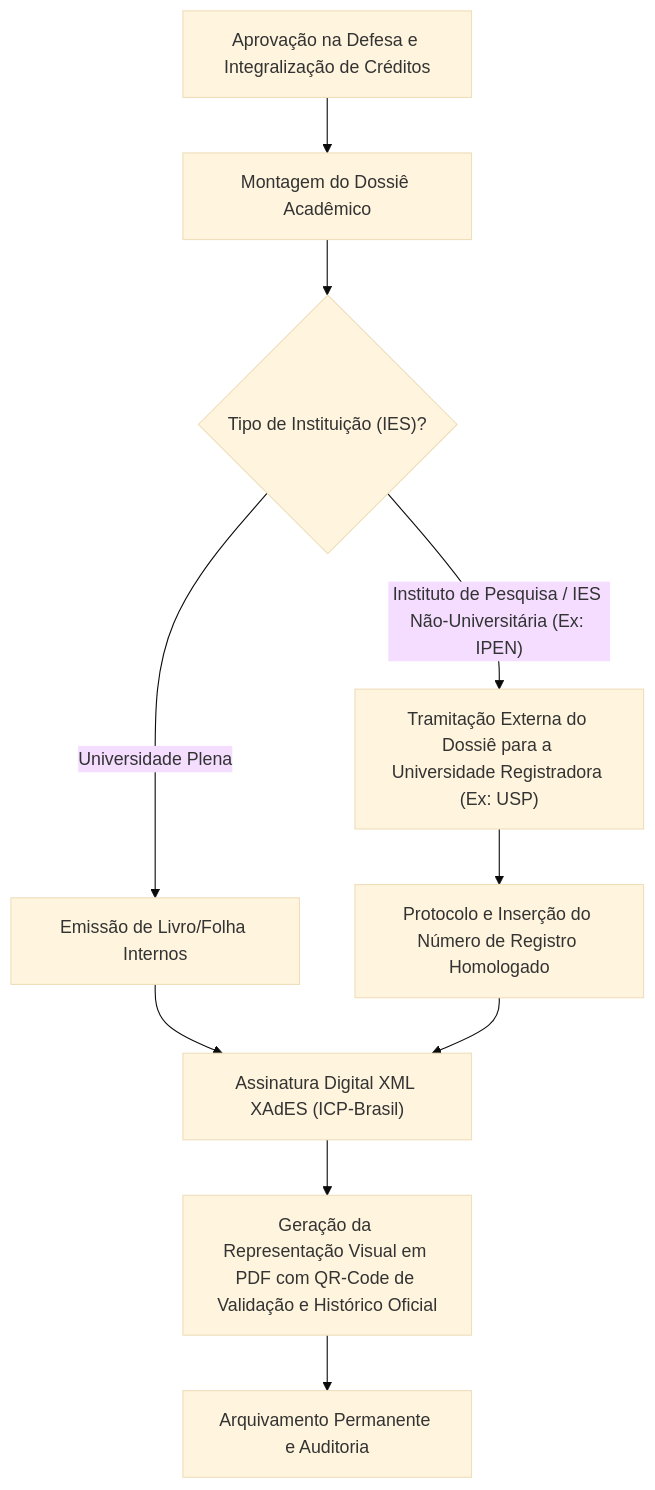
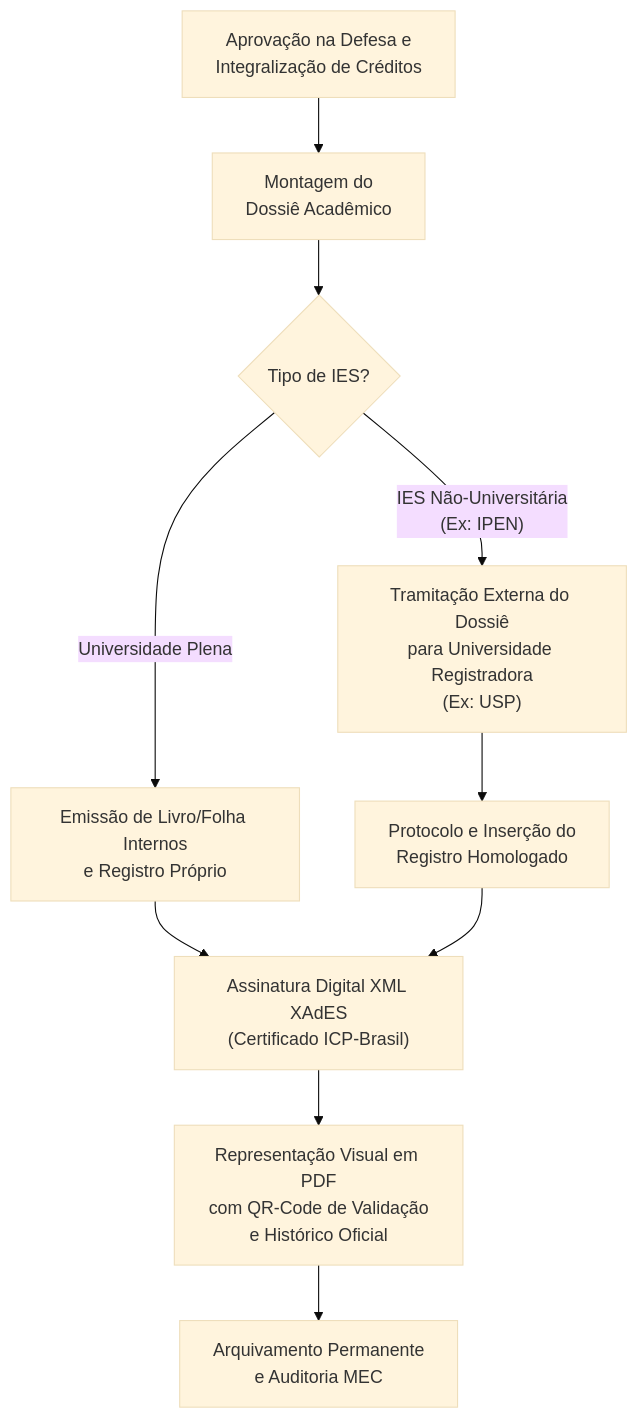
Before and after one commit to momenezes/livroddd: the third of 3 diagrams in 03-arquitetura-e-modelagem.qmd, drawn with Mermaid (base theme). The commit also changed other lines of this file and 14 other files, not shown here.

Commit message:
fix: elimina truncamento e melhora contraste de textos nos diagramas mermaid

````diff
--- a/03-arquitetura-e-modelagem.qmd
+++ b/03-arquitetura-e-modelagem.qmd
@@ -171,15 +171,15 @@
 ```{mermaid}
 flowchart TD
-    Inicio["Aprovação na Defesa e Integralização de Créditos"] --> Dossiê["Montagem do Dossiê Acadêmico"]
-    Dossiê --> DecisaoTipoIES{"Tipo de Instituição (IES)?"}
+    Inicio["Aprovação na Defesa e<br/>Integralização de Créditos"] --> Dossiê["Montagem do<br/>Dossiê Acadêmico"]
+    Dossiê --> DecisaoTipoIES{"Tipo de IES?"}
     
-    DecisaoTipoIES -->|"Universidade Plena"| RegistroInterno["Emissão de Livro/Folha Internos"]
-    RegistroInterno --> AssinaturaXAdES["Assinatura Digital XML XAdES (ICP-Brasil)"]
+    DecisaoTipoIES -->|"Universidade Plena"| RegistroInterno["Emissão de Livro/Folha Internos<br/>e Registro Próprio"]
+    RegistroInterno --> AssinaturaXAdES["Assinatura Digital XML XAdES<br/>(Certificado ICP-Brasil)"]
     
-    DecisaoTipoIES -->|"Instituto de Pesquisa / IES Não-Universitária (Ex: IPEN)"| TramitacaoExterna["Tramitação Externa do Dossiê para a Universidade Registradora (Ex: USP)"]
-    TramitacaoExterna --> ProtocoloExterno["Protocolo e Inserção do Número de Registro Homologado"]
+    DecisaoTipoIES -->|"IES Não-Universitária<br/>(Ex: IPEN)"| TramitacaoExterna["Tramitação Externa do Dossiê<br/>para Universidade Registradora<br/>(Ex: USP)"]
+    TramitacaoExterna --> ProtocoloExterno["Protocolo e Inserção do<br/>Registro Homologado"]
     ProtocoloExterno --> AssinaturaXAdES
     
-    AssinaturaXAdES --> PDFVisual["Geração da Representação Visual em PDF com QR-Code de Validação e Histórico Oficial"]
-    PDFVisual --> Arquivamento["Arquivamento Permanente e Auditoria"]
+    AssinaturaXAdES --> PDFVisual["Representação Visual em PDF<br/>com QR-Code de Validação<br/>e Histórico Oficial"]
+    PDFVisual --> Arquivamento["Arquivamento Permanente<br/>e Auditoria MEC"]
 ```
````
